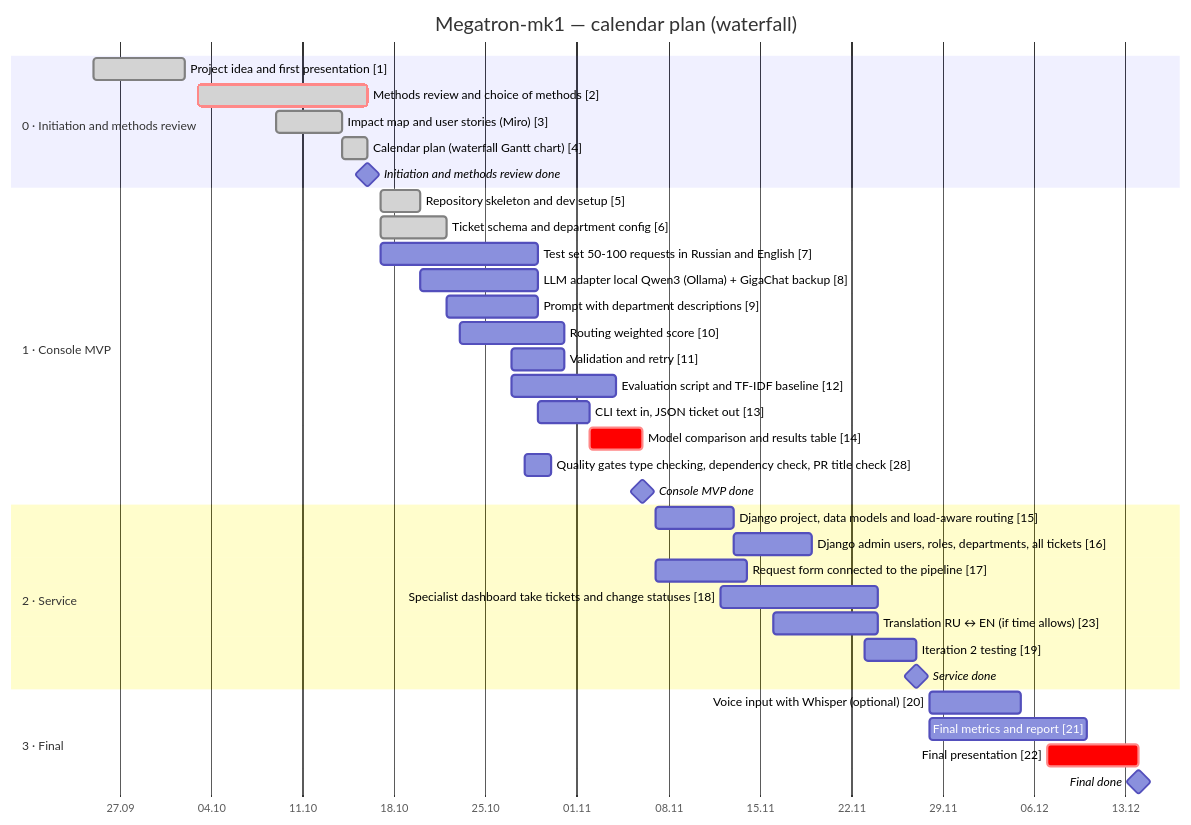
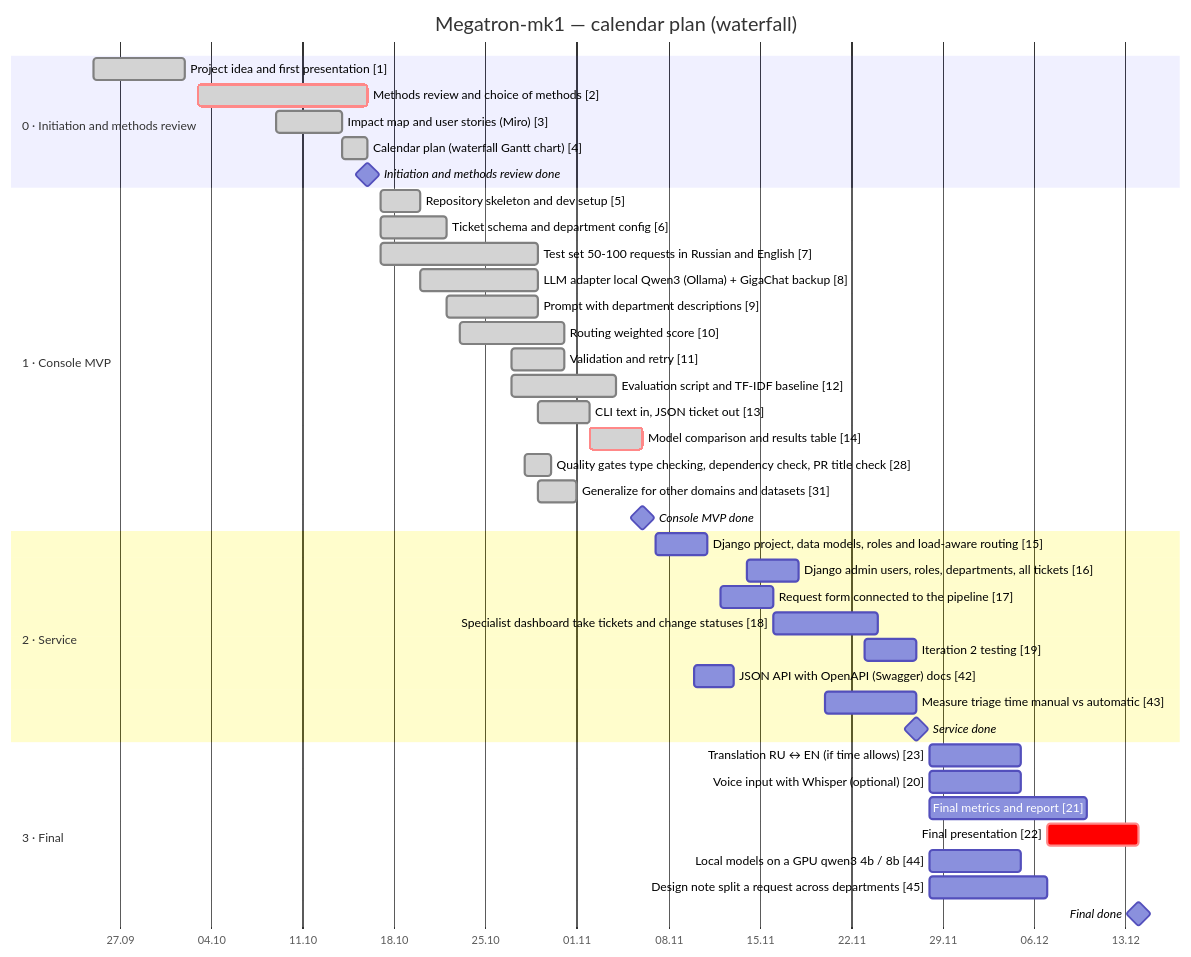
The diagram in README.md (Leenday/support_megatron_mk1), drawn with Mermaid before and after one commit. The commit also changed other lines of this file and 2 other files, not shown here.

````diff
--- a/README.md
+++ b/README.md
@@ -80,39 +80,44 @@
 ```mermaid
 gantt
     title Megatron-mk1 — calendar plan (waterfall)
     dateFormat YYYY-MM-DD
     axisFormat %d.%m
     todayMarker on
     section 0 · Initiation and methods review
     Project idea and first presentation [1] :done, t1, 2026-09-25, 2026-10-02
     Methods review and choice of methods [2] :done, crit, t2, 2026-10-03, 2026-10-16
     Impact map and user stories (Miro) [3] :done, t3, 2026-10-09, 2026-10-14
     Calendar plan (waterfall Gantt chart) [4] :done, t4, 2026-10-14, 2026-10-16
     Initiation and methods review done :milestone, m0, 2026-10-16, 0d
     section 1 · Console MVP
     Repository skeleton and dev setup [5] :done, t5, 2026-10-17, 2026-10-20
     Ticket schema and department config [6] :done, t6, 2026-10-17, 2026-10-22
-    Test set 50-100 requests in Russian and English [7] :t7, 2026-10-17, 2026-10-29
-    LLM adapter local Qwen3 (Ollama) + GigaChat backup [8] :t8, 2026-10-20, 2026-10-29
-    Prompt with department descriptions [9] :t9, 2026-10-22, 2026-10-29
-    Routing weighted score [10] :t10, 2026-10-23, 2026-10-31
-    Validation and retry [11] :t11, 2026-10-27, 2026-10-31
-    Evaluation script and TF-IDF baseline [12] :t12, 2026-10-27, 2026-11-04
-    CLI text in, JSON ticket out [13] :t13, 2026-10-29, 2026-11-02
-    Model comparison and results table [14] :crit, t14, 2026-11-02, 2026-11-06
-    Quality gates type checking, dependency check, PR title check [28] :t28, 2026-10-28, 2026-10-30
+    Test set 50-100 requests in Russian and English [7] :done, t7, 2026-10-17, 2026-10-29
+    LLM adapter local Qwen3 (Ollama) + GigaChat backup [8] :done, t8, 2026-10-20, 2026-10-29
+    Prompt with department descriptions [9] :done, t9, 2026-10-22, 2026-10-29
+    Routing weighted score [10] :done, t10, 2026-10-23, 2026-10-31
+    Validation and retry [11] :done, t11, 2026-10-27, 2026-10-31
+    Evaluation script and TF-IDF baseline [12] :done, t12, 2026-10-27, 2026-11-04
+    CLI text in, JSON ticket out [13] :done, t13, 2026-10-29, 2026-11-02
+    Model comparison and results table [14] :done, crit, t14, 2026-11-02, 2026-11-06
+    Quality gates type checking, dependency check, PR title check [28] :done, t28, 2026-10-28, 2026-10-30
+    Generalize for other domains and datasets [31] :done, t31, 2026-10-29, 2026-11-01
     Console MVP done :milestone, m1, 2026-11-06, 0d
     section 2 · Service
-    Django project, data models and load-aware routing [15] :t15, 2026-11-07, 2026-11-13
-    Django admin users, roles, departments, all tickets [16] :t16, 2026-11-13, 2026-11-19
-    Request form connected to the pipeline [17] :t17, 2026-11-07, 2026-11-14
-    Specialist dashboard take tickets and change statuses [18] :t18, 2026-11-12, 2026-11-24
-    Translation RU ↔ EN (if time allows) [23] :t23, 2026-11-16, 2026-11-24
+    Django project, data models, roles and load-aware routing [15] :t15, 2026-11-07, 2026-11-11
+    Django admin users, roles, departments, all tickets [16] :t16, 2026-11-14, 2026-11-18
+    Request form connected to the pipeline [17] :t17, 2026-11-12, 2026-11-16
+    Specialist dashboard take tickets and change statuses [18] :t18, 2026-11-16, 2026-11-24
     Iteration 2 testing [19] :t19, 2026-11-23, 2026-11-27
+    JSON API with OpenAPI (Swagger) docs [42] :t42, 2026-11-10, 2026-11-13
+    Measure triage time manual vs automatic [43] :t43, 2026-11-20, 2026-11-27
     Service done :milestone, m2, 2026-11-27, 0d
     section 3 · Final
+    Translation RU ↔ EN (if time allows) [23] :t23, 2026-11-28, 2026-12-05
     Voice input with Whisper (optional) [20] :t20, 2026-11-28, 2026-12-05
     Final metrics and report [21] :t21, 2026-11-28, 2026-12-10
     Final presentation [22] :crit, t22, 2026-12-07, 2026-12-14
+    Local models on a GPU qwen3 4b / 8b [44] :t44, 2026-11-28, 2026-12-05
+    Design note split a request across departments [45] :t45, 2026-11-28, 2026-12-07
     Final done :milestone, m3, 2026-12-14, 0d
 ```
````
